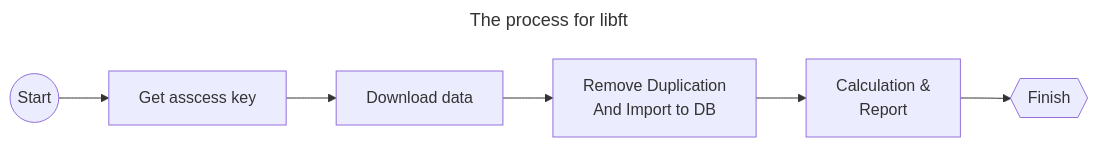
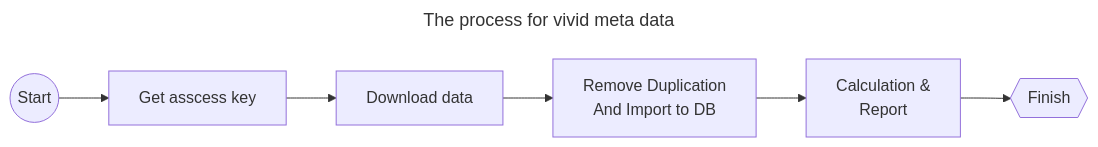
One commit to seape/seape.github.io changed the first of 2 diagrams in src/techniques/geoscience/vivid_retrive_and_analysis.md. Above: the diagram before and after it, drawn with Mermaid. The commit also changed other lines of this file and 1 other file, not shown here.

Commit message:
Modify my desc and work related with vivid data

````diff
--- a/src/techniques/geoscience/vivid_retrive_and_analysis.md
+++ b/src/techniques/geoscience/vivid_retrive_and_analysis.md
@@ -19,11 +19,11 @@
 ```mermaid
 ---
-title: The process for libft
+title: The process for vivid meta data
 ---
 flowchart LR
     start((Start))--> key[Get asscess key]
     key --> getdata[Download data]
     getdata --> process[Remove Duplication <br> And Import to DB]
     process --> cal[Calculation &<br> Report]
     cal--> End{{Finish}}
 ```
````
